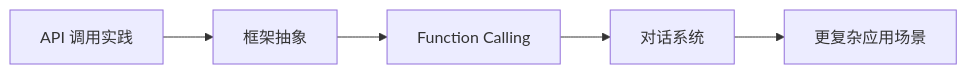
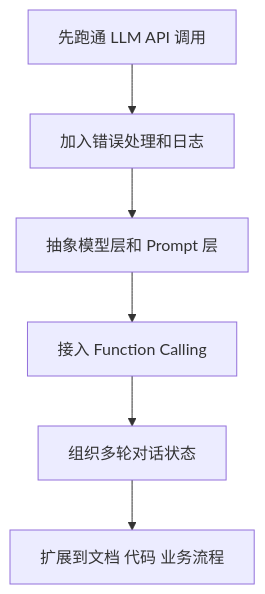
The second of 3 diagrams in docs/stage8b/ch03-app-dev/00-roadmap.md (oudbiao/AI-fullstack-course), drawn with Mermaid before and after one commit. The commit also changed other lines of this file and 95 other files, not shown here.

````diff
--- a/docs/stage8b/ch03-app-dev/00-roadmap.md
+++ b/docs/stage8b/ch03-app-dev/00-roadmap.md
@@ -27,7 +40,8 @@
 ```mermaid
-flowchart LR
-    A["API 调用实践"] --> B["框架抽象"]
-    B --> C["Function Calling"]
-    C --> D["对话系统"]
-    D --> E["更复杂应用场景"]
+flowchart TD
+  A[先跑通 LLM API 调用] --> B[加入错误处理和日志]
+  B --> C[抽象模型层和 Prompt 层]
+  C --> D[接入 Function Calling]
+  D --> E[组织多轮对话状态]
+  E --> F[扩展到文档 代码 业务流程]
 ```
````
